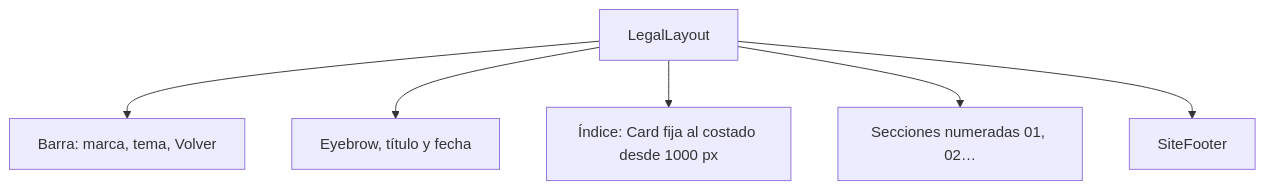
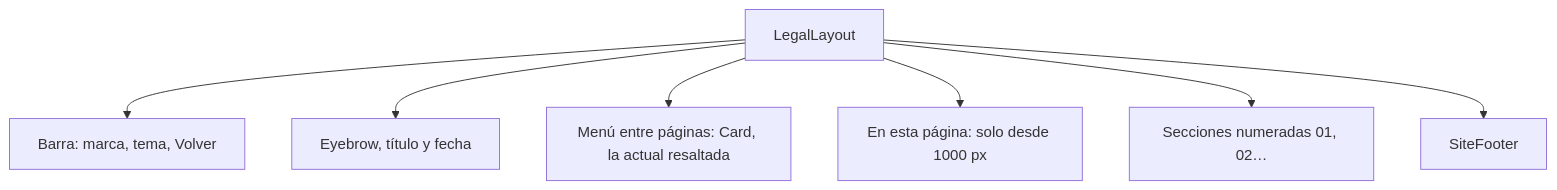
The diagram in docs/bitacora/2026-11-03-frontend-legales/DOCUMENTACION.md (mchssj/v34frag), drawn with Mermaid before and after one commit. The commit also changed other lines of this file and 13 other files, not shown here.

````diff
--- a/docs/bitacora/2026-11-03-frontend-legales/DOCUMENTACION.md
+++ b/docs/bitacora/2026-11-03-frontend-legales/DOCUMENTACION.md
@@ -7,8 +17,9 @@
 ```mermaid
 flowchart TD
   A[LegalLayout] --> B[Barra: marca, tema, Volver]
   A --> C[Eyebrow, título y fecha]
-  A --> D[Índice: Card fija al costado desde 1000 px]
+  A --> D[Menú entre páginas: Card, la actual resaltada]
+  A --> D2[En esta página: solo desde 1000 px]
   A --> E[Secciones numeradas 01, 02…]
   A --> F[SiteFooter]
 ```
````
